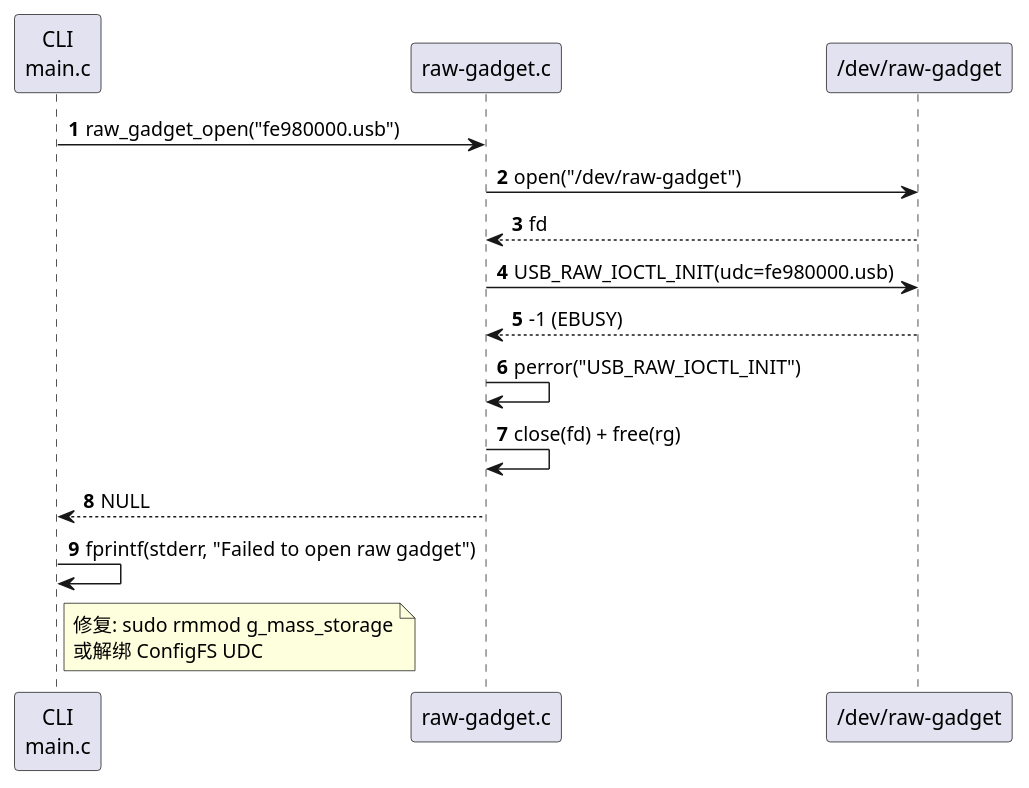
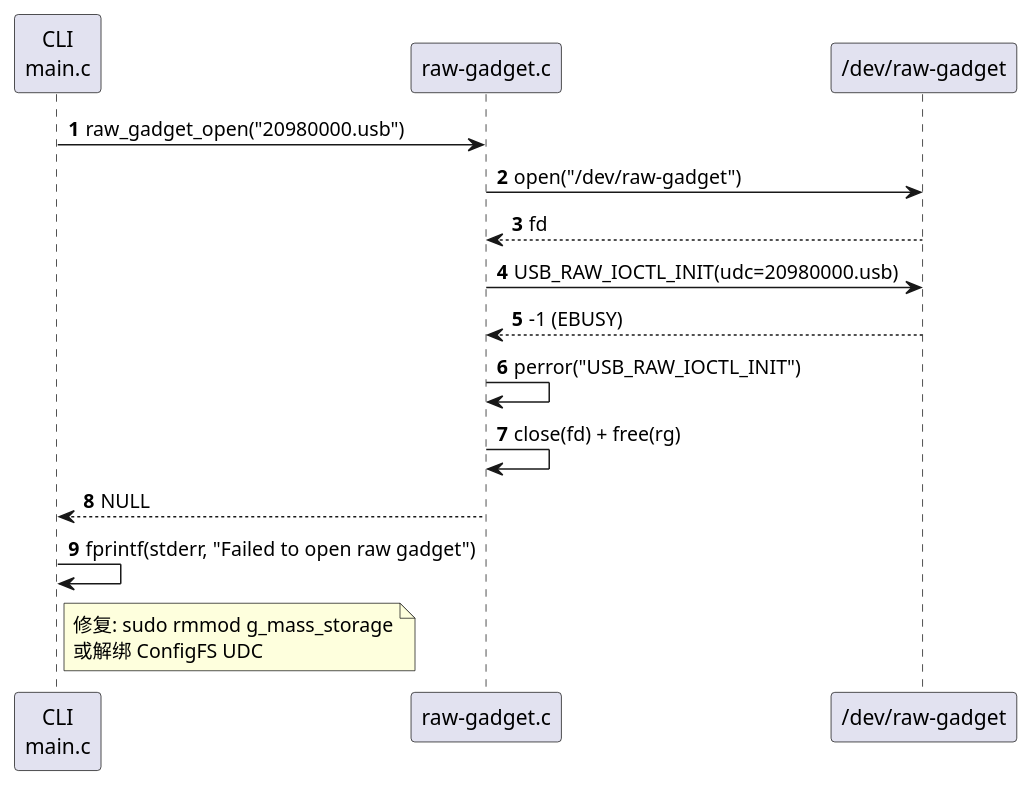
One commit to lechao365/AndroidSystemEnhance changed the second of 9 diagrams in 02-IO增强/02.04-故障注入工具-usb-fault-inject.md. Above: the diagram before and after it, drawn with PlantUML. The commit also changed other lines of this file and 15 other files, not shown here.

````diff
--- a/02-IO增强/02.04-故障注入工具-usb-fault-inject.md
+++ b/02-IO增强/02.04-故障注入工具-usb-fault-inject.md
@@ -83,19 +91,19 @@
 ```plantuml
 @startuml
 autonumber
 participant "CLI\nmain.c" as CLI
 participant "raw-gadget.c" as RG
 participant "/dev/raw-gadget" as Kernel
 
-CLI -> RG : raw_gadget_open("fe980000.usb")
+CLI -> RG : raw_gadget_open("20980000.usb")
 RG -> Kernel : open("/dev/raw-gadget")
 Kernel --> RG : fd
-RG -> Kernel : USB_RAW_IOCTL_INIT(udc=fe980000.usb)
+RG -> Kernel : USB_RAW_IOCTL_INIT(udc=20980000.usb)
 Kernel --> RG : -1 (EBUSY)
 RG -> RG : perror("USB_RAW_IOCTL_INIT")
 RG -> RG : close(fd) + free(rg)
 RG --> CLI : NULL
 CLI -> CLI : fprintf(stderr, "Failed to open raw gadget")
 note right of CLI: 修复: sudo rmmod g_mass_storage\n或解绑 ConfigFS UDC
 @enduml
 ```
````
